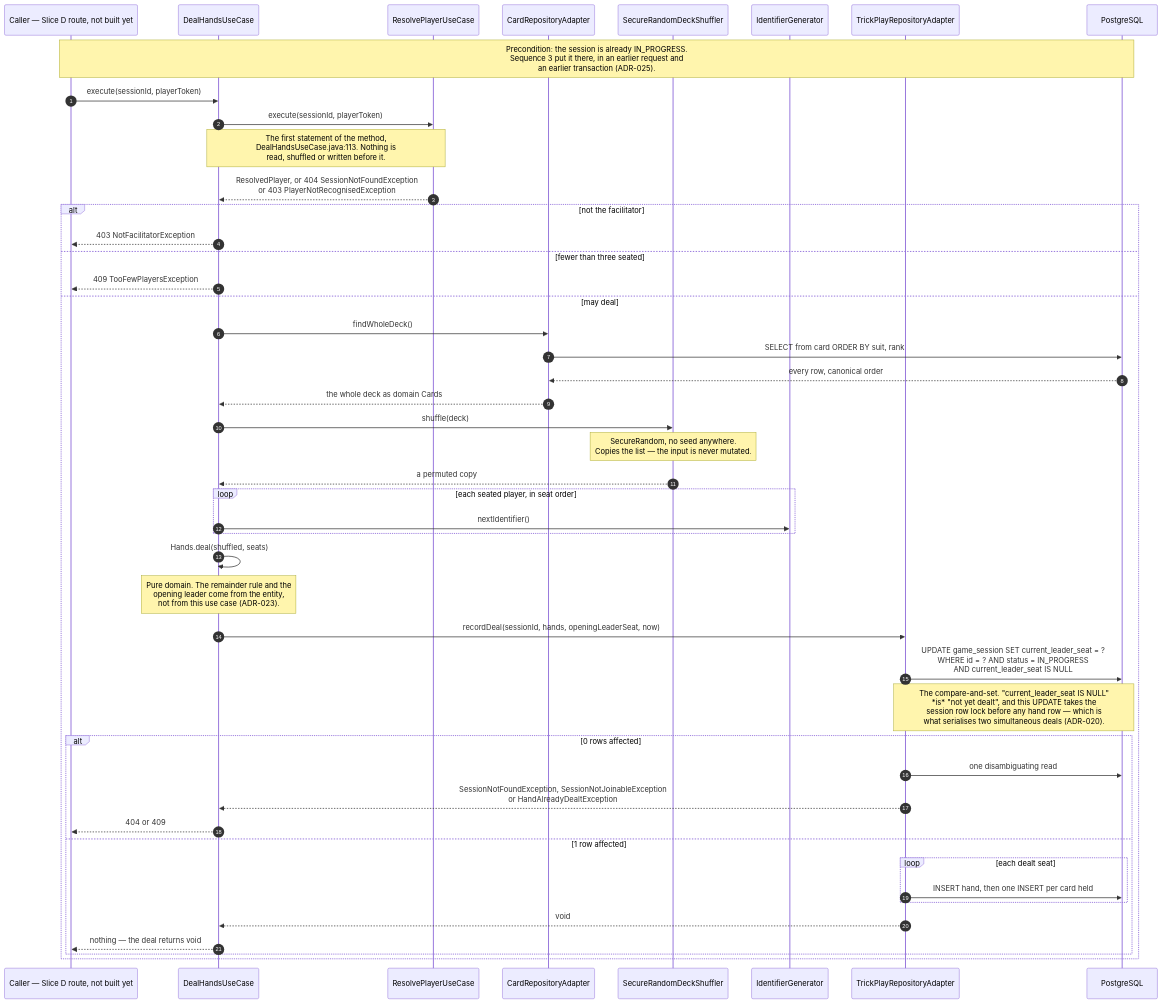
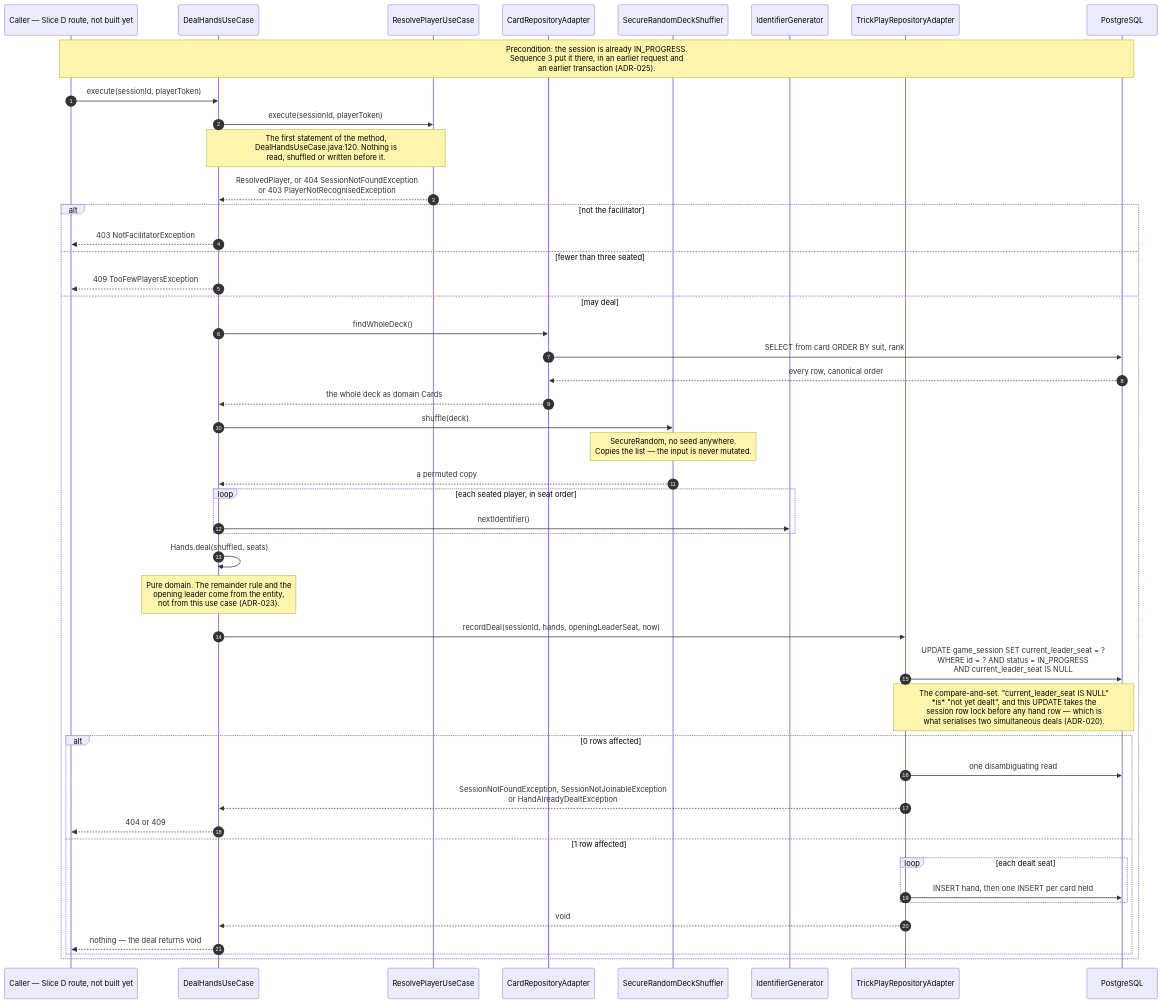
The fourth of 6 diagrams in docs/architecture/runtime-view.md (maglez/eop-threat-medeling), drawn with Mermaid before and after one commit. The commit also changed other lines of this file and 7 other files, not shown here.

````diff
--- a/docs/architecture/runtime-view.md
+++ b/docs/architecture/runtime-view.md
@@ -391,54 +391,54 @@
 ```mermaid
 sequenceDiagram
     autonumber
     participant CL as Caller — Slice D route, not built yet
     participant DH as DealHandsUseCase
     participant RP as ResolvePlayerUseCase
     participant CRA as CardRepositoryAdapter
     participant SH as SecureRandomDeckShuffler
     participant IDG as IdentifierGenerator
     participant TPRA as TrickPlayRepositoryAdapter
     participant DB as PostgreSQL
 
     Note over CL,DB: Precondition: the session is already IN_PROGRESS.<br/>Sequence 3 put it there, in an earlier request and<br/>an earlier transaction (ADR-025).
 
     CL->>DH: execute(sessionId, playerToken)
 
     DH->>RP: execute(sessionId, playerToken)
-    Note over DH,RP: The first statement of the method,<br/>DealHandsUseCase.java:113. Nothing is<br/>read, shuffled or written before it.
+    Note over DH,RP: The first statement of the method,<br/>DealHandsUseCase.java:120. Nothing is<br/>read, shuffled or written before it.
     RP-->>DH: ResolvedPlayer, or 404 SessionNotFoundException<br/>or 403 PlayerNotRecognisedException
 
     alt not the facilitator
         DH-->>CL: 403 NotFacilitatorException
     else fewer than three seated
         DH-->>CL: 409 TooFewPlayersException
     else may deal
         DH->>CRA: findWholeDeck()
         CRA->>DB: SELECT from card ORDER BY suit, rank
         DB-->>CRA: every row, canonical order
         CRA-->>DH: the whole deck as domain Cards
         DH->>SH: shuffle(deck)
         Note over SH: SecureRandom, no seed anywhere.<br/>Copies the list — the input is never mutated.
         SH-->>DH: a permuted copy
         loop each seated player, in seat order
             DH->>IDG: nextIdentifier()
         end
         DH->>DH: Hands.deal(shuffled, seats)
         Note over DH: Pure domain. The remainder rule and the<br/>opening leader come from the entity,<br/>not from this use case (ADR-023).
 
         DH->>TPRA: recordDeal(sessionId, hands, openingLeaderSeat, now)
         TPRA->>DB: UPDATE game_session SET current_leader_seat = ?<br/>WHERE id = ? AND status = IN_PROGRESS<br/>AND current_leader_seat IS NULL
         Note over TPRA,DB: The compare-and-set. "current_leader_seat IS NULL"<br/>*is* "not yet dealt", and this UPDATE takes the<br/>session row lock before any hand row — which is<br/>what serialises two simultaneous deals (ADR-020).
         alt 0 rows affected
             TPRA->>DB: one disambiguating read
             TPRA-->>DH: SessionNotFoundException, SessionNotJoinableException<br/>or HandAlreadyDealtException
             DH-->>CL: 404 or 409
         else 1 row affected
             loop each dealt seat
                 TPRA->>DB: INSERT hand, then one INSERT per card held
             end
             TPRA-->>DH: void
             DH-->>CL: nothing — the deal returns void
         end
     end
 ```
````
